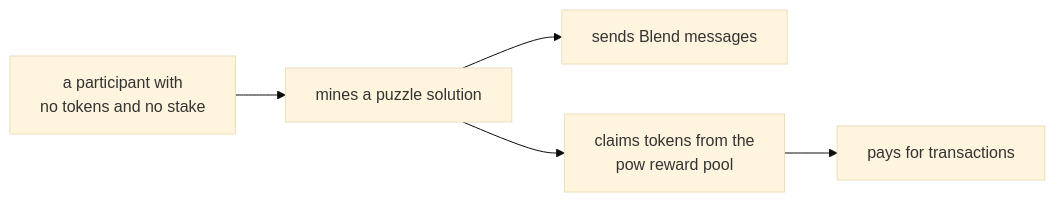
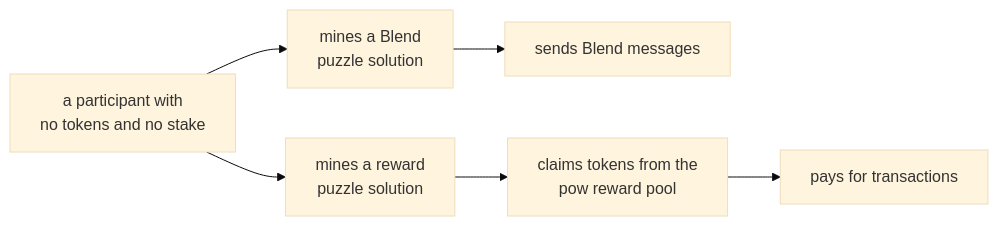
Before and after one commit to logos-co/logos-lips: the first of 4 diagrams in docs/blockchain/raw/proof-of-work.md, drawn with Mermaid (base theme). The commit also changed other lines of this file and 1 other file, not shown here.

First line of the commit message:
pow: solve the reward puzzle with Equi-X against an effort target

````diff
--- a/docs/blockchain/raw/proof-of-work.md
+++ b/docs/blockchain/raw/proof-of-work.md
@@ -43,7 +46,8 @@
 ```mermaid
 graph LR
-    p["a participant with<br/>no tokens and no stake"] --> s["mines a puzzle solution"]
+    p["a participant with<br/>no tokens and no stake"] --> s["mines a Blend<br/>puzzle solution"]
+    p --> r["mines a reward<br/>puzzle solution"]
     s --> b["sends Blend messages"]
-    s --> c["claims tokens from the<br/>pow reward pool"]
+    r --> c["claims tokens from the<br/>pow reward pool"]
     c --> t["pays for transactions"]
 ```
````
